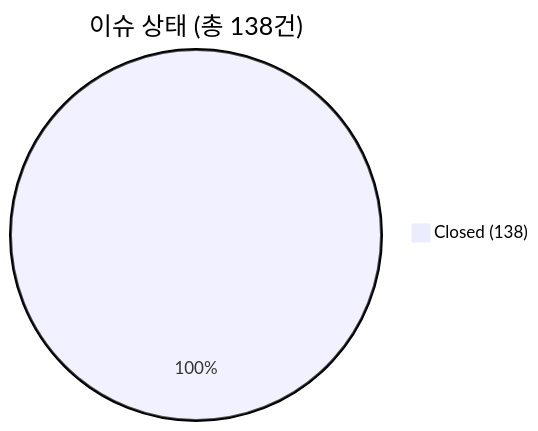
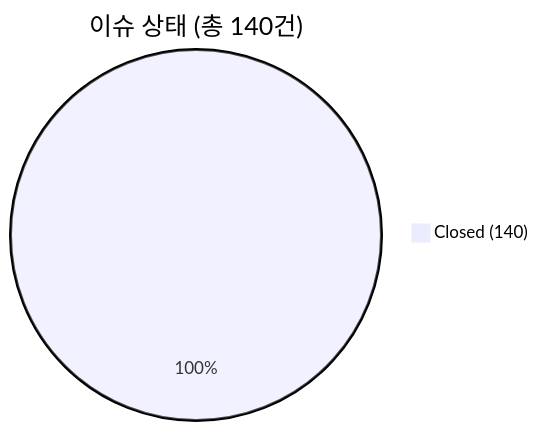
Before and after one commit to holee9/MD-process: the first of 3 diagrams in README.md, drawn with Mermaid. The commit also changed other lines of this file, not shown here.

````diff
--- a/README.md
+++ b/README.md
@@ -129,4 +129,4 @@
 ```mermaid
-pie title 이슈 상태 (총 138건)
-    "Closed (138)" : 138
+pie title 이슈 상태 (총 140건)
+    "Closed (140)" : 140
 ```
````
